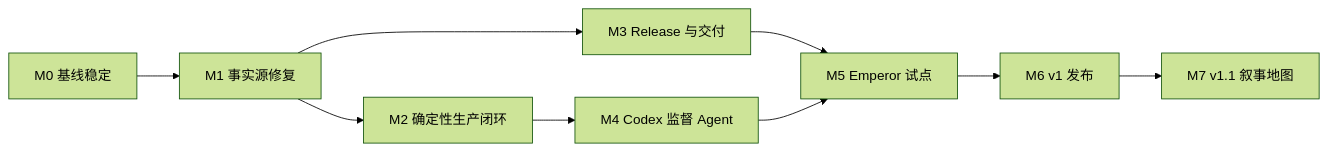
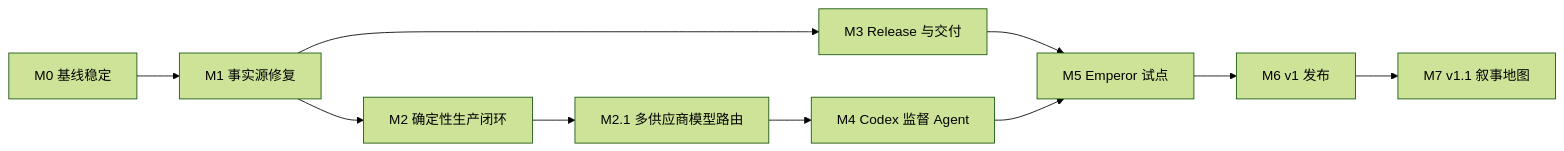
One commit to PYPARA/Game-Asset-Management-System changed the diagram in docs/roadmap.md. Above: the diagram before and after it, drawn with Mermaid (forest theme). The commit also changed other lines of this file and 28 other files, not shown here.

````diff
--- a/docs/roadmap.md
+++ b/docs/roadmap.md
@@ -75,11 +75,12 @@
 ```mermaid
 flowchart LR
     M0["M0 基线稳定"] --> M1["M1 事实源修复"]
     M1 --> M2["M2 确定性生产闭环"]
+    M2 --> M21["M2.1 多供应商模型路由"]
     M1 --> M3["M3 Release 与交付"]
-    M2 --> M4["M4 Codex 监督 Agent"]
+    M21 --> M4["M4 Codex 监督 Agent"]
     M3 --> M5["M5 Emperor 试点"]
     M4 --> M5
     M5 --> M6["M6 v1 发布"]
     M6 --> M7["M7 v1.1 叙事地图"]
 ```
````
